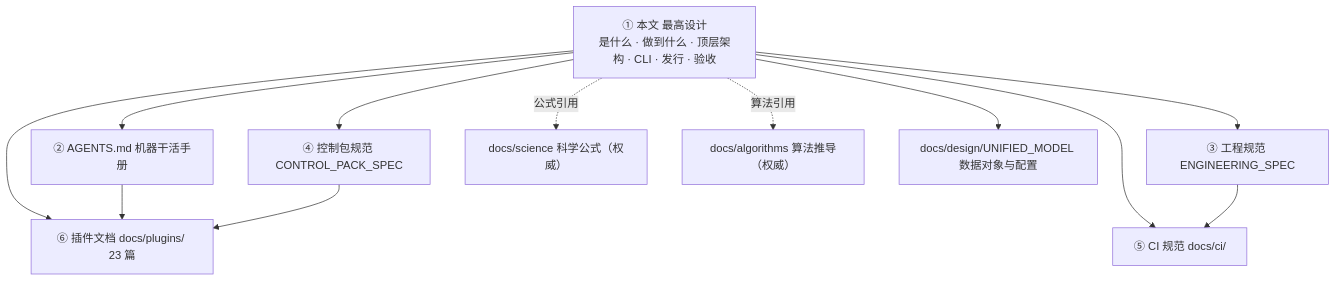
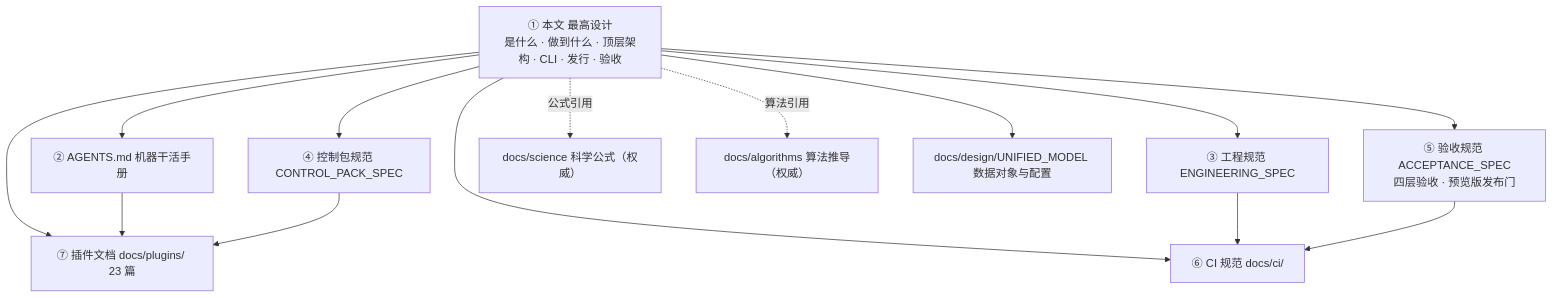
One commit to fujiaze/Astro-CS-Database changed the first of 12 diagrams in ASTROCS_DESIGN.md. Above: the diagram before and after it, drawn with Mermaid. The commit also changed other lines of this file and 14 other files, not shown here.

First line of the commit message:
docs: 并入 AstroCS 文档集为最高权威（新增 ACCEPTANCE_SPEC.md + 根登记）

````diff
--- a/ASTROCS_DESIGN.md
+++ b/ASTROCS_DESIGN.md
@@ -9,19 +9,21 @@
 ```mermaid
 flowchart TD
     D["① 本文 最高设计<br/>是什么 · 做到什么 · 顶层架构 · CLI · 发行 · 验收"]
     A["② AGENTS.md 机器干活手册"]
     E["③ 工程规范 ENGINEERING_SPEC"]
     C["④ 控制包规范 CONTROL_PACK_SPEC"]
-    CI["⑤ CI 规范 docs/ci/"]
-    P["⑥ 插件文档 docs/plugins/ 23 篇"]
+    ACC["⑤ 验收规范 ACCEPTANCE_SPEC<br/>四层验收 · 预览版发布门"]
+    CI["⑥ CI 规范 docs/ci/"]
+    P["⑦ 插件文档 docs/plugins/ 23 篇"]
     S["docs/science 科学公式（权威）"]
     AL["docs/algorithms 算法推导（权威）"]
     U["docs/design/UNIFIED_MODEL 数据对象与配置"]
-    D --> A & E & C & CI & P
+    D --> A & E & C & ACC & CI & P
     D --> U
     D -.公式引用.-> S
     D -.算法引用.-> AL
     A --> P
     E --> CI
     C --> P
+    ACC --> CI
 ```
````
